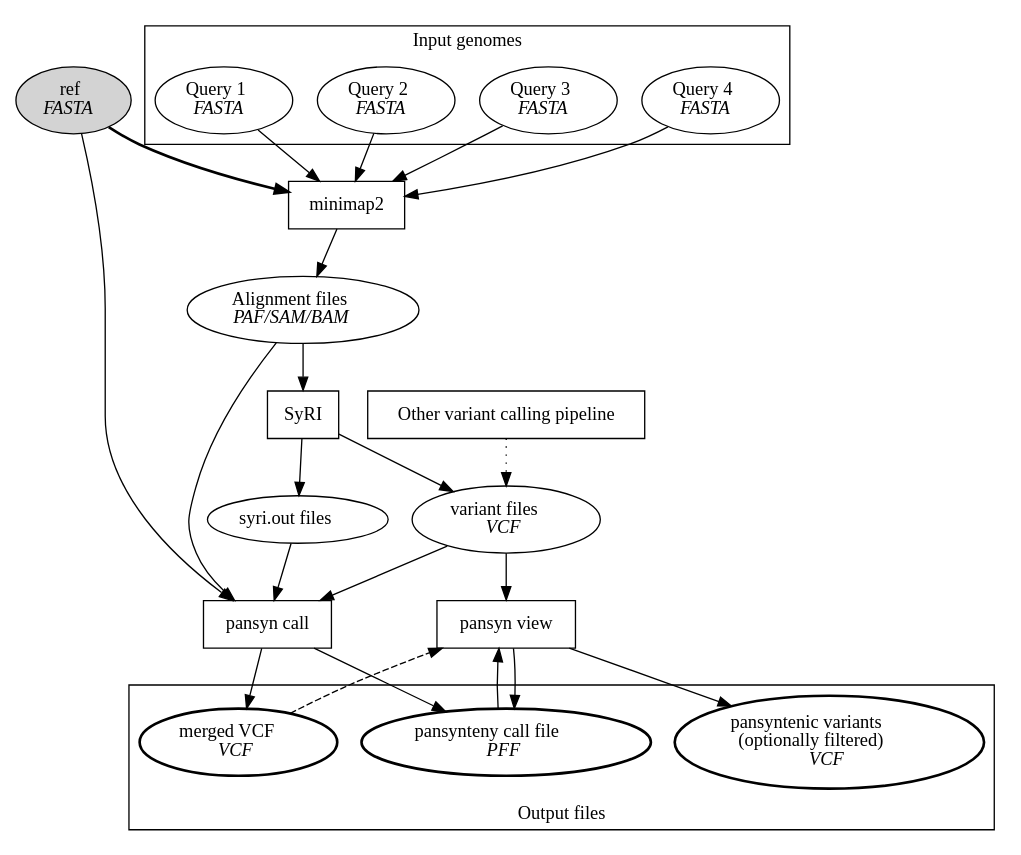
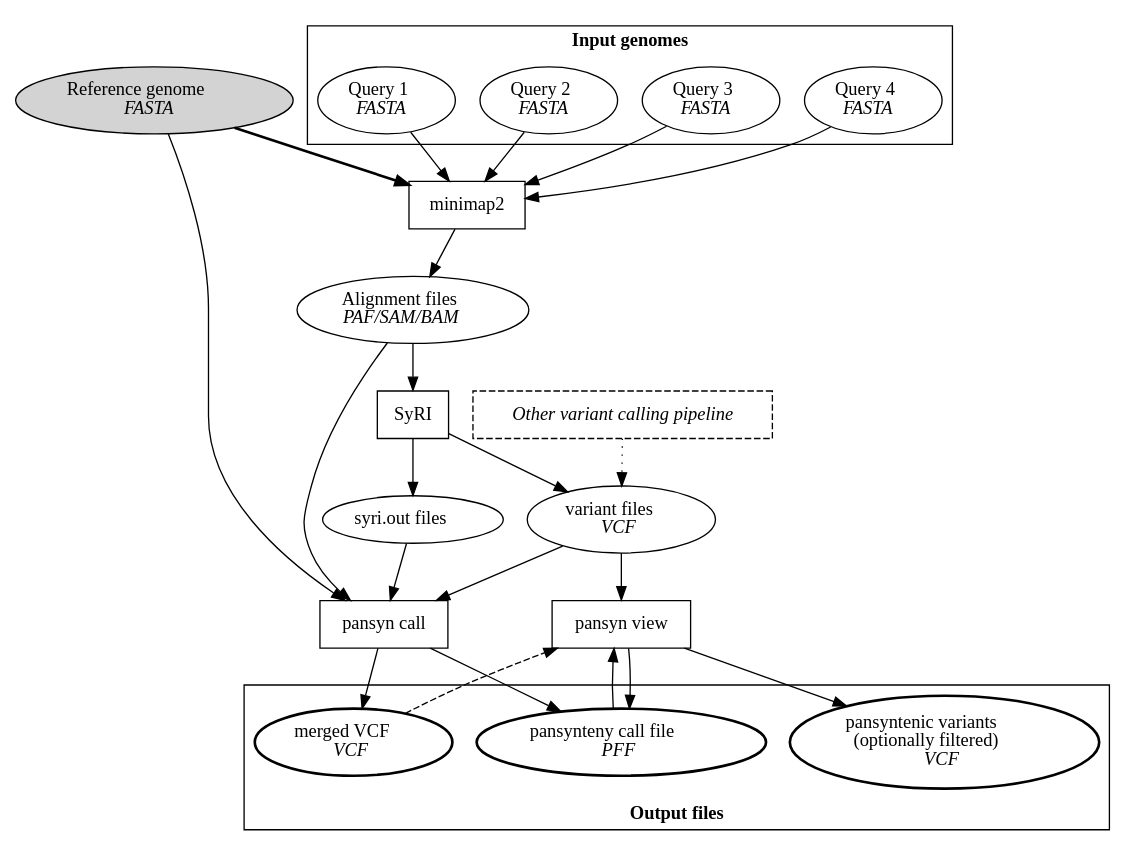
Before and after one commit to schneebergerlab/msyd: the diagram in workflow.dot, drawn with Graphviz. The commit also changed 1 other file, not shown here.

```diff
--- a/workflow.dot
+++ b/workflow.dot
@@ -1,64 +1,68 @@
 digraph example{
 	//rankdir = LR
 	{
+		// input files
 		//node[style=none];
-		ref[label=<ref<br/><i>FASTA</i>>, style=filled];
+		ref[label=<Reference genome<br/><i>FASTA</i>>, style=filled];
 		subgraph cluster1{
 			label="Input genomes";
-			fontname=bold;
+			fontname="Times-Bold";
 			Q2[label=<Query 2<br/><i>FASTA</i>>];
 			Q1[label=<Query 1<br/><i>FASTA</i>>];
 			Q4[label=<Query 4<br/><i>FASTA</i>>];
 			Q3[label=<Query 3<br/><i>FASTA</i>>];
 		}
 	}
 
 	{
+		// intermediate files
 		//node[style=dashed];
 		syriout[label=<syri.out files>];
 		vcfs[label=<variant files<br/><i>VCF</i>>];
 		alns[label=<Alignment files<br/><i>PAF/SAM/BAM</i>>];
 	}
 
 	{
+		// software tools
 		node[shape=box];
 		minimap2;
 		SyRI;
-		callers [label="Other variant calling pipeline", fontname="italic"];
+		callers [label="Other variant calling pipeline", fontname="Times-Italic", style=dashed];
 		call [label="pansyn call"];
 		view [label="pansyn view"];
 	}
 
 	subgraph cluster2{
+		// output files
 		label="Output files";
-		fontname=bold;
+		fontname="Times-Bold";
 		labelloc=b;
 		node[style=bold];
 		vcf [label=<merged VCF<br/><i>VCF</i>>];
 		pff [label=<pansynteny call file<br/><i>PFF</i>>];
 		filtered [label=<pansyntenic variants<br/>(optionally filtered)<br/><i>VCF</i>>];
 	}
 
 	Q1 -> minimap2;
 	Q2 -> minimap2;
 	Q3 -> minimap2;
 	Q4 -> minimap2;
 	ref -> minimap2[style=bold];
 
 	minimap2 -> alns -> SyRI -> syriout;
 	SyRI -> vcfs
 	callers -> vcfs [style=dotted];
 
 	ref -> call -> pff;
 	vcfs -> call -> vcf;
 	syriout -> call;
 	alns -> call;
 
 	pff -> view -> pff;
 	vcf -> view [style=dashed];
 	vcfs -> view -> filtered;
 
 
 
 
 }
```
